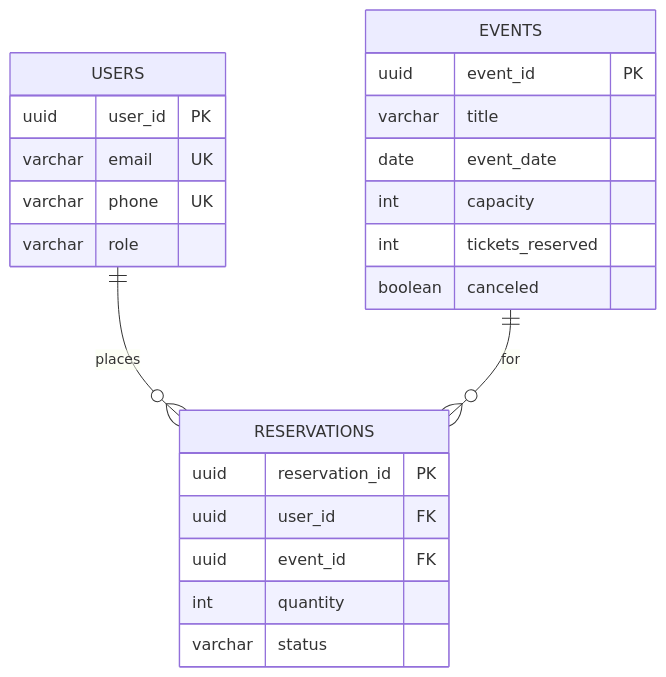
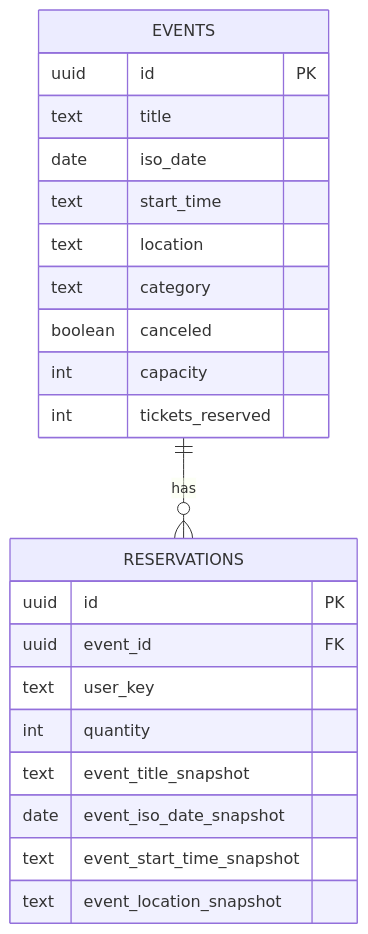
Before and after one commit to hugogv12/SOEN345-TicketReservation: the second of 8 diagrams in docs/DESIGN.md, drawn with Mermaid. The commit also changed other lines of this file and 45 other files, not shown here.

````diff
--- a/docs/DESIGN.md
+++ b/docs/DESIGN.md
@@ -110,29 +131,27 @@
 ```mermaid
 erDiagram
-  USERS ||--o{ RESERVATIONS : places
-  EVENTS ||--o{ RESERVATIONS : "for"
-
-  USERS {
-    uuid user_id PK
-    varchar email UK
-    varchar phone UK
-    varchar role
-  }
+  EVENTS ||--o{ RESERVATIONS : "has"
 
   EVENTS {
-    uuid event_id PK
-    varchar title
-    date event_date
+    uuid id PK
+    text title
+    date iso_date
+    text start_time
+    text location
+    text category
+    boolean canceled
     int capacity
     int tickets_reserved
-    boolean canceled
   }
 
   RESERVATIONS {
-    uuid reservation_id PK
-    uuid user_id FK
+    uuid id PK
     uuid event_id FK
+    text user_key
     int quantity
-    varchar status
+    text event_title_snapshot
+    date event_iso_date_snapshot
+    text event_start_time_snapshot
+    text event_location_snapshot
   }
 ```
````
